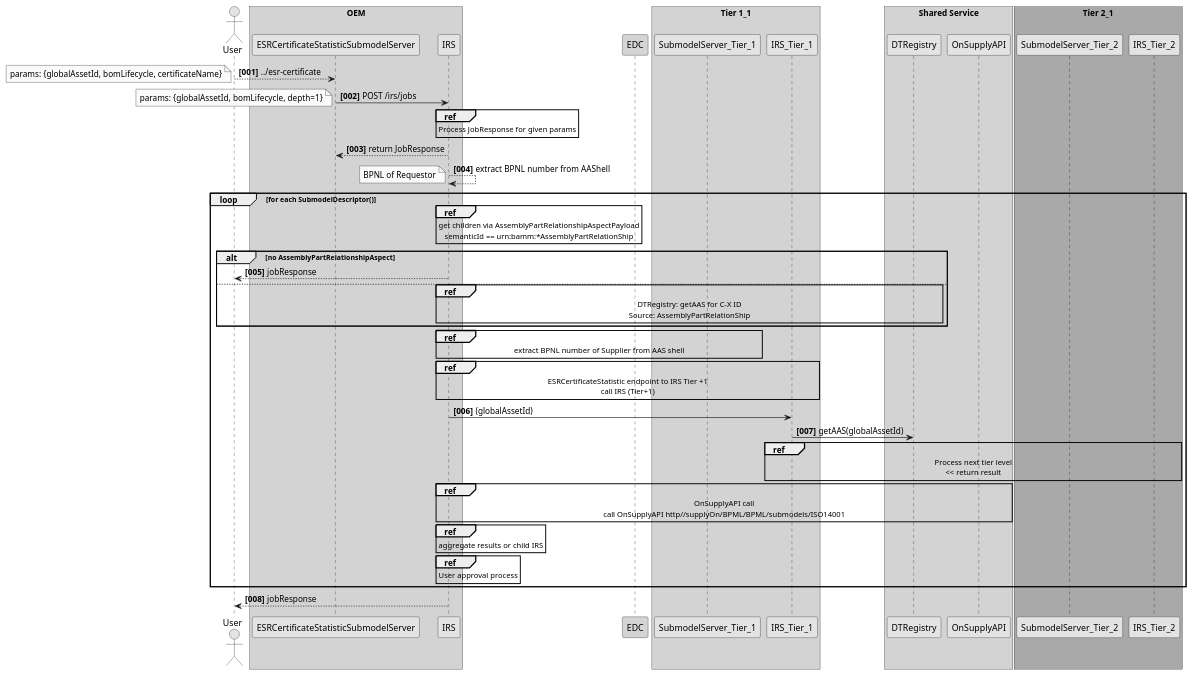
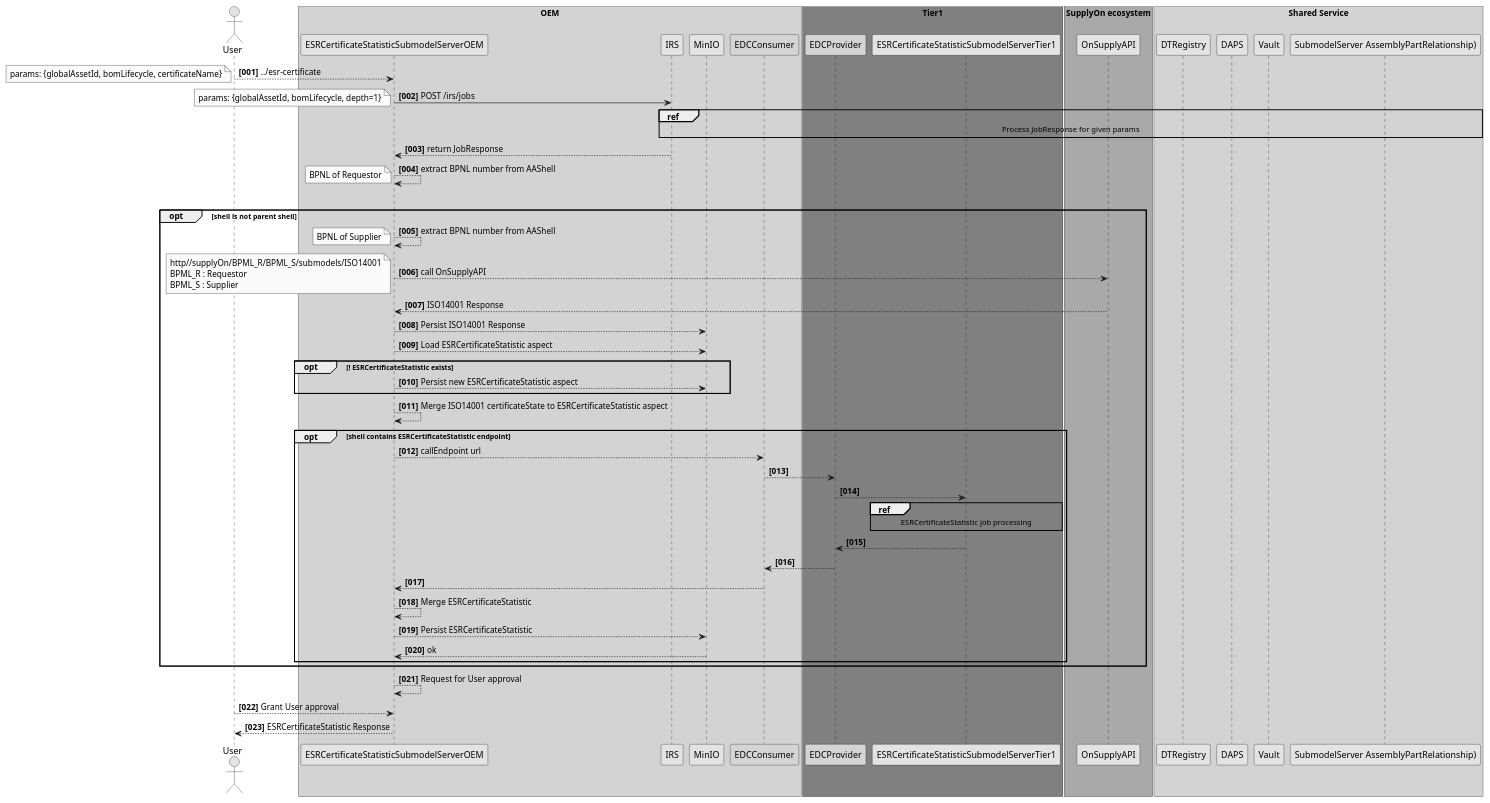
The diagram in uml-diagrams/spike/esr-certificates/esr-certificate-sequence-traverse_childs.puml (eclipse-tractusx/item-relationship-service), drawn with PlantUML before and after one commit.

Commit message:
chore(uml):[TRI-414] wip

```diff
--- a/uml-diagrams/spike/esr-certificates/esr-certificate-sequence-traverse_childs.puml
+++ b/uml-diagrams/spike/esr-certificates/esr-certificate-sequence-traverse_childs.puml
@@ -1,92 +1,98 @@
 @startuml
 skinparam monochrome true
 skinparam shadowing false
 
 autonumber "<b>[000]"
 
 actor User
 
 box "OEM" #LightGrey
-participant ESRCertificateStatisticSubmodelServer as ESRSubServer
+participant ESRCertificateStatisticSubmodelServerOEM as ESRSubServer
 participant IRS as IRS
+participant MinIO as MinIO
+participant "EDCConsumer" as EDCConsumer #99FF99
+end box
+
+box "Tier1" #Grey
+participant "EDCProvider" as EDCProvider #99FF99
+participant ESRCertificateStatisticSubmodelServerTier1 as ESRSubServerTier1
+end box
+
 User --> ESRSubServer: ../esr-certificate
 note left
 params: {globalAssetId, bomLifecycle, certificateName}
 end note
 ESRSubServer -> IRS : POST /irs/jobs
 note left
 params: {globalAssetId, bomLifecycle, depth=1}
 end note
-ref over IRS
+ref over IRS, DTRegistry, DAPS, "SubmodelServer AssemblyPartRelationship)"
     Process JobResponse for given params
 end ref
 ESRSubServer <-- IRS : return JobResponse
 
 
-IRS --> IRS: extract BPNL number from AAShell
+ESRSubServer --> ESRSubServer: extract BPNL number from AAShell
 note left
     BPNL of Requestor
 end note
 
-loop for each SubmodelDescriptor()
+loop for each shell()
+opt  shell is not parent shell
+   ESRSubServer --> ESRSubServer : extract BPNL number from AAShell
+   note left
+       BPNL of Supplier
+   end note
 
-ref over IRS
-    get children via AssemblyPartRelationshipAspectPayload
-    semanticId == urn:bamm:*AssemblyPartRelationShip
-end ref
-alt no AssemblyPartRelationshipAspect
-       User <-- IRS: jobResponse
-   else
-ref over IRS,DTRegistry
-    DTRegistry: getAAS for C-X ID
-    Source: AssemblyPartRelationShip
-end ref
+ESRSubServer -->  OnSupplyAPI : call OnSupplyAPI 
+note left
+    http//supplyOn/BPML_R/BPML_S/submodels/ISO14001
+    BPML_R : Requestor
+    BPML_S : Supplier
+end note
+ESRSubServer <--  OnSupplyAPI : ISO14001 Response
+ESRSubServer --> MinIO : Persist ISO14001 Response
+ESRSubServer --> MinIO : Load ESRCertificateStatistic aspect
+opt ! ESRCertificateStatistic exists
+    ESRSubServer --> MinIO : Persist new ESRCertificateStatistic aspect
 end opt
-ref over IRS, SubmodelServer_Tier_1
-    extract BPNL number of Supplier from AAS shell
-end ref
-ref over IRS, IRS_Tier_1
-    ESRCertificateStatistic endpoint to IRS Tier +1
-    call IRS (Tier+1)
-end ref
-    IRS -> IRS_Tier_1 : (globalAssetId)
-    IRS_Tier_1 -> DTRegistry: getAAS(globalAssetId)
-    ref over IRS_Tier_1, IRS_Tier_2
-        Process next tier level
-        << return result
+ESRSubServer --> ESRSubServer : Merge ISO14001 certificateState to ESRCertificateStatistic aspect
+
+opt shell contains ESRCertificateStatistic endpoint
+    ESRSubServer --> EDCConsumer :  callEndpoint url
+    EDCConsumer --> EDCProvider
+    EDCProvider --> ESRSubServerTier1
+    ref over ESRSubServerTier1
+        ESRCertificateStatistic job processing
     end ref
-ref over IRS, OnSupplyAPI
-    OnSupplyAPI call
-    call OnSupplyAPI http//supplyOn/BPML/BPML/submodels/ISO14001
-end ref
-ref over IRS
-    aggregate results or child IRS
-end ref
-ref over IRS
-    User approval process
-end ref
+    EDCProvider <-- ESRSubServerTier1
+    EDCConsumer <-- EDCProvider
+    ESRSubServer <-- EDCConsumer
+    ESRSubServer --> ESRSubServer : Merge ESRCertificateStatistic
+    ESRSubServer --> MinIO : Persist ESRCertificateStatistic
+    ESRSubServer <-- MinIO : ok
+end opt
+
+
+
 end loop
 
+ESRSubServer --> ESRSubServer : Request for User approval
+User -->  ESRSubServer: Grant User approval
 
-end box
-
-participant "EDC" as EDC1 #99FF99
-
-box "Tier 1_1" #LightGrey
-participant SubmodelServer_Tier_1
-participant IRS_Tier_1
+box "SupplyOn ecosystem" #DarkGrey
+participant OnSupplyAPI
 end box
 
 box "Shared Service" #LightGrey
+
 participant DTRegistry
-participant OnSupplyAPI
+participant DAPS
+participant Vault
+participant "SubmodelServer AssemblyPartRelationship)"
 end box
 
-box "Tier 2_1" #DarkGrey
-participant SubmodelServer_Tier_2
-participant IRS_Tier_2
-end box
 
-User <-- IRS: jobResponse
+User <-- ESRSubServer: ESRCertificateStatistic Response
 
 @enduml
```
